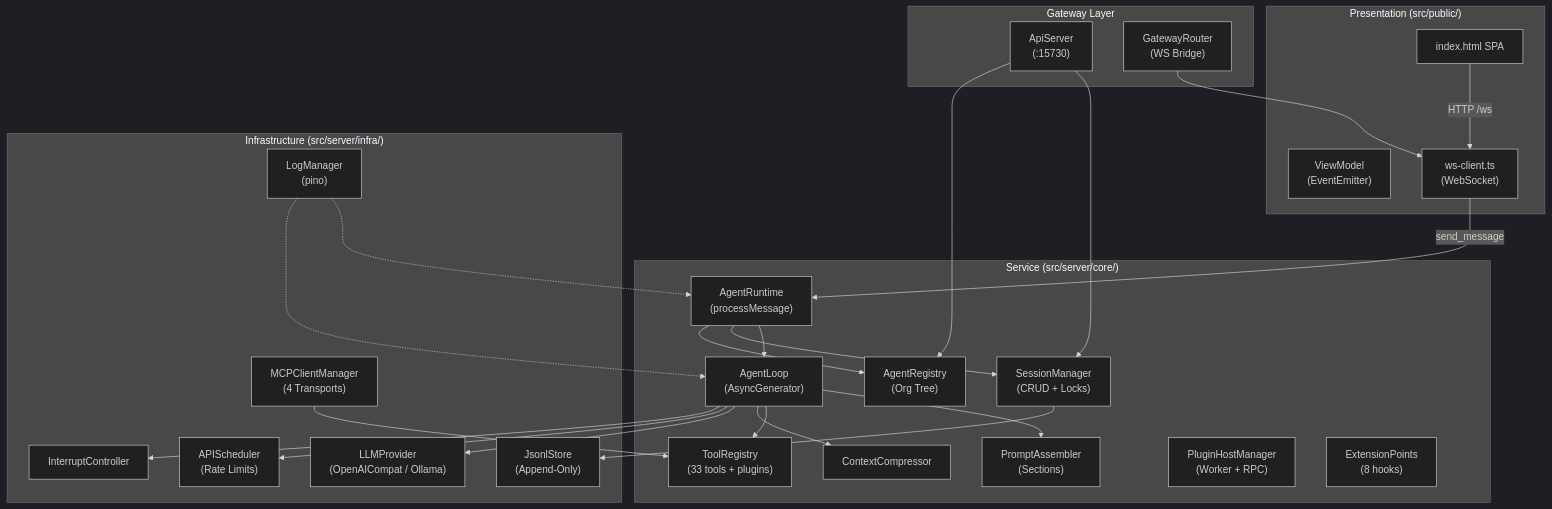
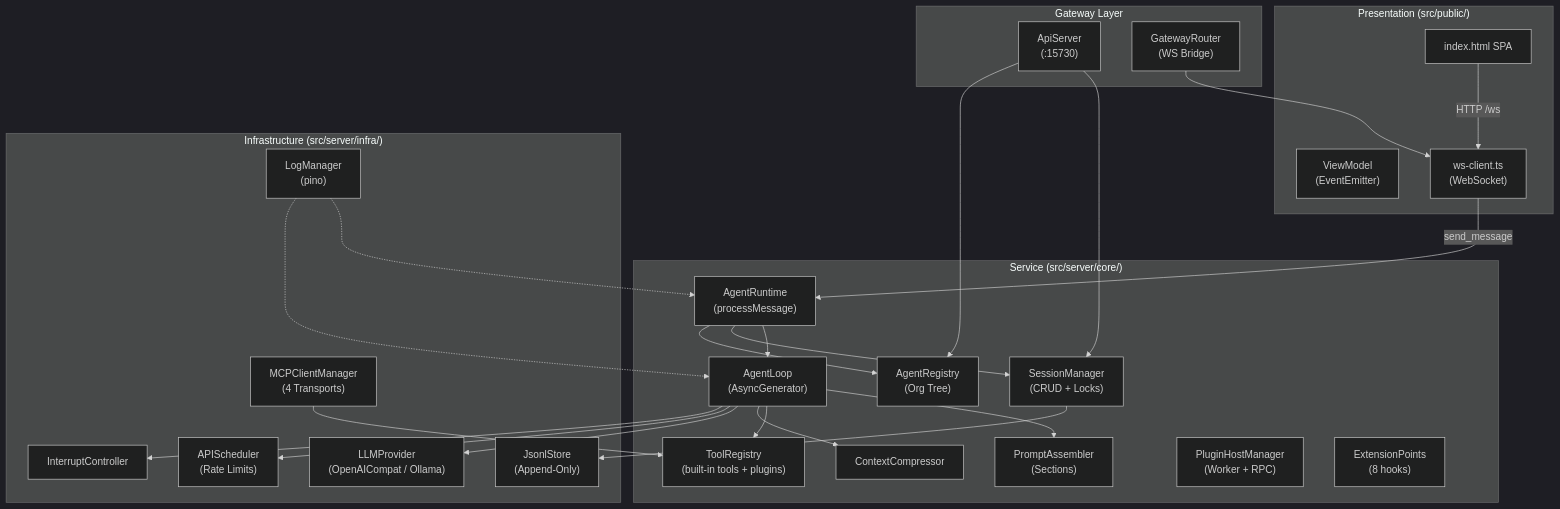
One commit to AnoCod/AnoClaw changed the first of 5 diagrams in AGENTS.md. Above: the diagram before and after it, drawn with Mermaid (dark theme). The commit also changed other lines of this file and 10 other files, not shown here.

````diff
--- a/AGENTS.md
+++ b/AGENTS.md
@@ -76,53 +76,53 @@
 ```mermaid
 graph TB
     subgraph Presentation["Presentation (src/public/)"]
         SPA["index.html SPA"]
         VM["ViewModel<br/>(EventEmitter)"]
         WS["ws-client.ts<br/>(WebSocket)"]
     end
 
     subgraph Service["Service (src/server/core/)"]
         AR["AgentRuntime<br/>(processMessage)"]
         AL["AgentLoop<br/>(AsyncGenerator)"]
         SM["SessionManager<br/>(CRUD + Locks)"]
         PA["PromptAssembler<br/>(Sections)"]
-        TR["ToolRegistry<br/>(33 tools + plugins)"]
+        TR["ToolRegistry<br/>(built-in tools + plugins)"]
         CC["ContextCompressor"]
         AReg["AgentRegistry<br/>(Org Tree)"]
         PHM["PluginHostManager<br/>(Worker + RPC)"]
         EXT["ExtensionPoints<br/>(8 hooks)"]
     end
 
     subgraph Infrastructure["Infrastructure (src/server/infra/)"]
         LLP["LLMProvider<br/>(OpenAICompat / Ollama)"]
         APS["APIScheduler<br/>(Rate Limits)"]
         JSL["JsonlStore<br/>(Append-Only)"]
         MCPM["MCPClientManager<br/>(4 Transports)"]
         IC["InterruptController"]
         LM["LogManager<br/>(pino)"]
     end
 
     subgraph Gateway["Gateway Layer"]
         API["ApiServer<br/>(:15730)"]
         GW["GatewayRouter<br/>(WS Bridge)"]
     end
 
     SPA -->|"HTTP /ws"| WS
     WS -->|"send_message"| AR
     AR --> AL
     AR --> SM
     AR --> AReg
     AL --> PA
     AL --> TR
     AL --> CC
     AL --> LLP
     AL --> APS
     AL --> IC
     SM --> JSL
     API --> SM
     API --> AReg
     GW --> WS
     MCPM --> TR
     LM -.-> AR
     LM -.-> AL
 ```
````
